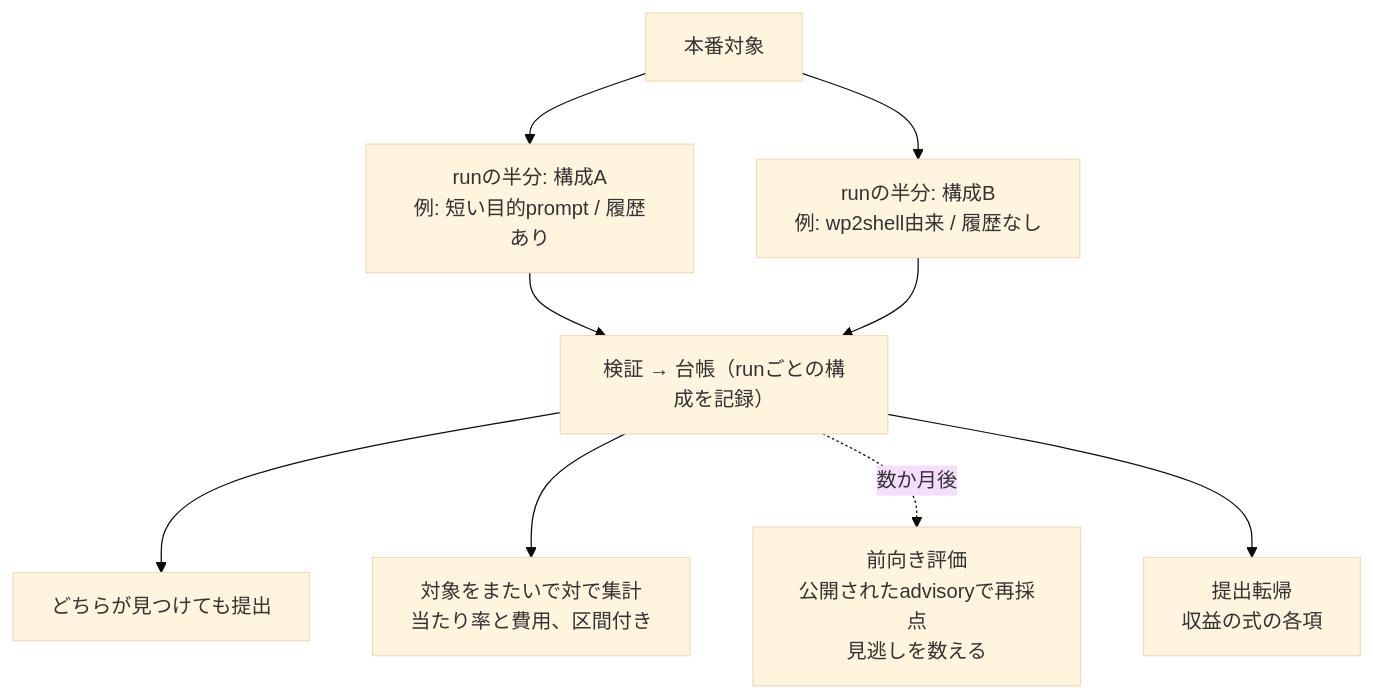
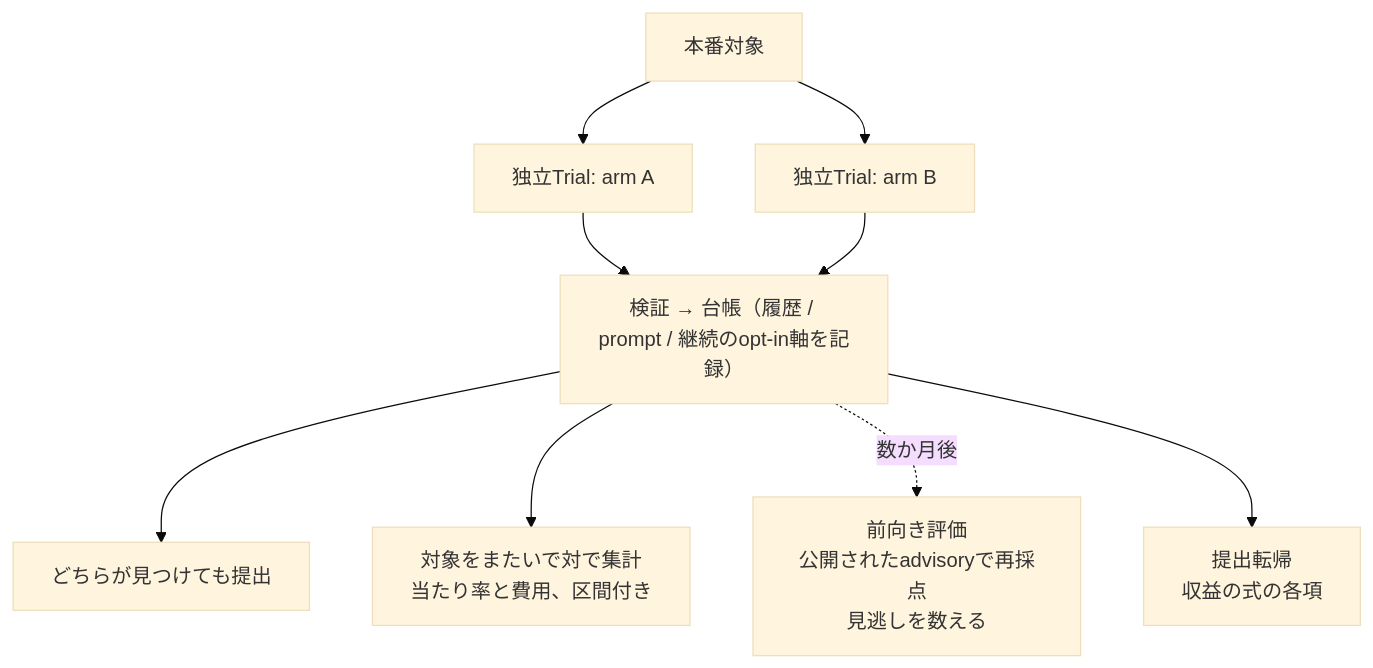
The seventh of 7 diagrams in docs/ARCHITECTURE.md (momoponwork1415-lgtm/wordpress-bounty-harness), drawn with Mermaid (base theme) before and after one commit. The commit also changed other lines of this file and 12 other files, not shown here.

````diff
--- a/docs/ARCHITECTURE.md
+++ b/docs/ARCHITECTURE.md
@@ -145,10 +137,10 @@
 ```mermaid
 flowchart TB
-  T[本番対象] --> A[runの半分: 構成A<br/>例: 短い目的prompt / 履歴あり]
-  T --> B[runの半分: 構成B<br/>例: wp2shell由来 / 履歴なし]
-  A & B --> V[検証 → 台帳（runごとの構成を記録）]
+  T[本番対象] --> A[独立Trial: arm A]
+  T --> B[独立Trial: arm B]
+  A & B --> V[検証 → 台帳（履歴 / prompt / 継続のopt-in軸を記録）]
   V --> SUB[どちらが見つけても提出]
   V --> CMP[対象をまたいで対で集計<br/>当たり率と費用、区間付き]
   V -.数か月後.-> PRO[前向き評価<br/>公開されたadvisoryで再採点<br/>見逃しを数える]
   V --> OUT[提出転帰<br/>収益の式の各項]
 ```
````
